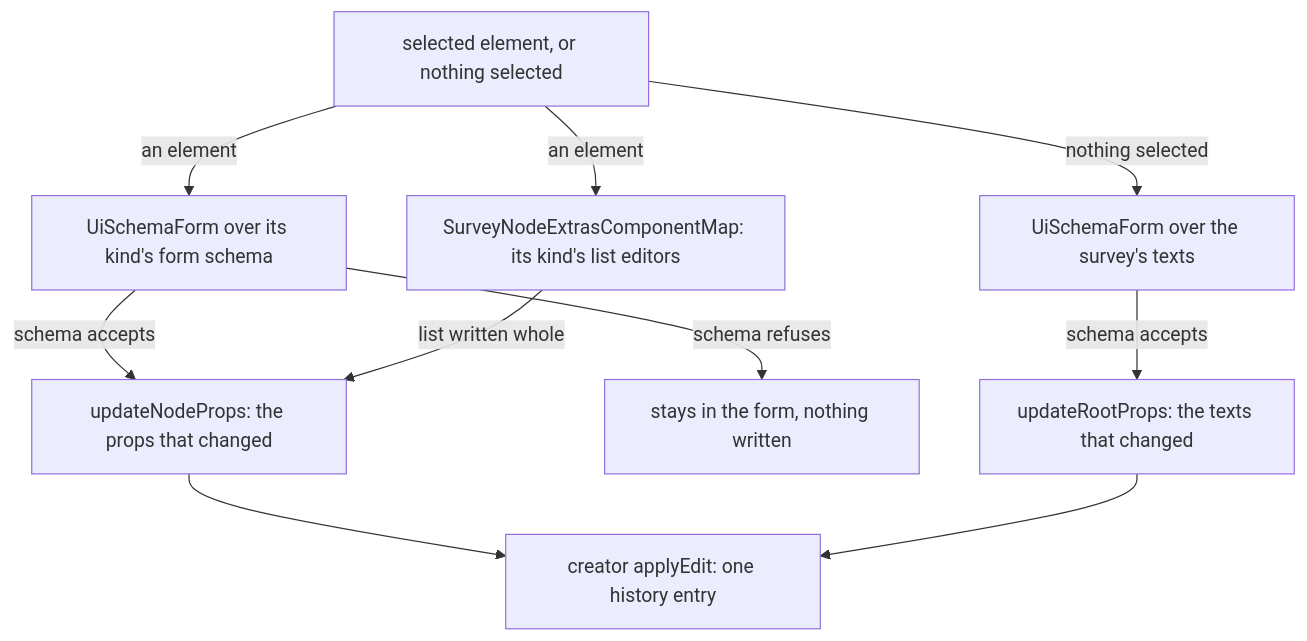
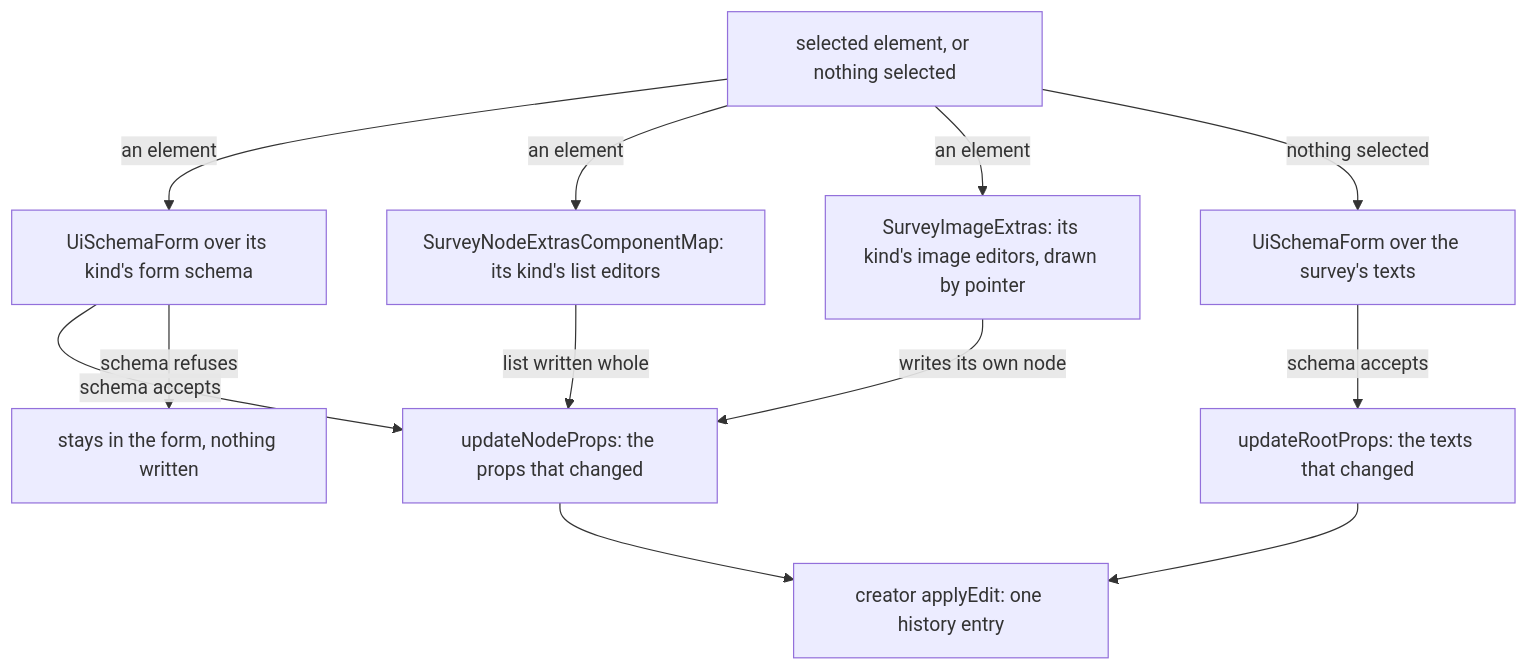
Before and after one commit to Esposter/Esposter: the diagram in openspec/specs/resource/survey-properties/design.md, drawn with Mermaid. The commit also changed other lines of this file and 12 other files, not shown here.

First line of the commit message:
feat(web): the image question and the image picker draw their picture editors in the properties panel

````diff
--- a/openspec/specs/resource/survey-properties/design.md
+++ b/openspec/specs/resource/survey-properties/design.md
@@ -9,12 +9,14 @@
 ```mermaid
 flowchart TD
   SEL["selected element, or nothing selected"] -->|"an element"| FORM["UiSchemaForm over its kind's form schema"]
   SEL -->|"an element"| EXTRAS["SurveyNodeExtrasComponentMap: its kind's list editors"]
+  SEL -->|"an element"| IMAGES["SurveyImageExtras: its kind's image editors, drawn by pointer"]
   SEL -->|"nothing selected"| ROOT["UiSchemaForm over the survey's texts"]
   FORM -->|"schema accepts"| UPDATE["updateNodeProps: the props that changed"]
   FORM -->|"schema refuses"| HOLD["stays in the form, nothing written"]
   EXTRAS -->|"list written whole"| UPDATE
+  IMAGES -->|"writes its own node"| UPDATE
   ROOT -->|"schema accepts"| ROOTUPDATE["updateRootProps: the texts that changed"]
   UPDATE --> CREATOR["creator applyEdit: one history entry"]
   ROOTUPDATE --> CREATOR
 ```
````
